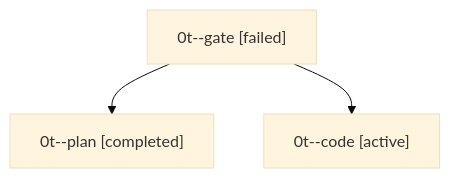
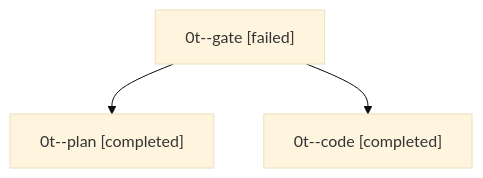
One commit to bobs-org/bob-cli--agents changed the diagram in sessions/bbugyi200.apollo.0t.md. Above: the diagram before and after it, drawn with Mermaid (base theme). The commit also changed other lines of this file and 5 other files, not shown here.

````diff
--- a/sessions/bbugyi200.apollo.0t.md
+++ b/sessions/bbugyi200.apollo.0t.md
@@ -9,8 +9,8 @@
 ```mermaid
 flowchart TD
   n0["0t--gate [failed]"]
   n1["0t--plan [completed]"]
   n0 --> n1
-  n2["0t--code [active]"]
+  n2["0t--code [completed]"]
   n0 --> n2
 ```
````
